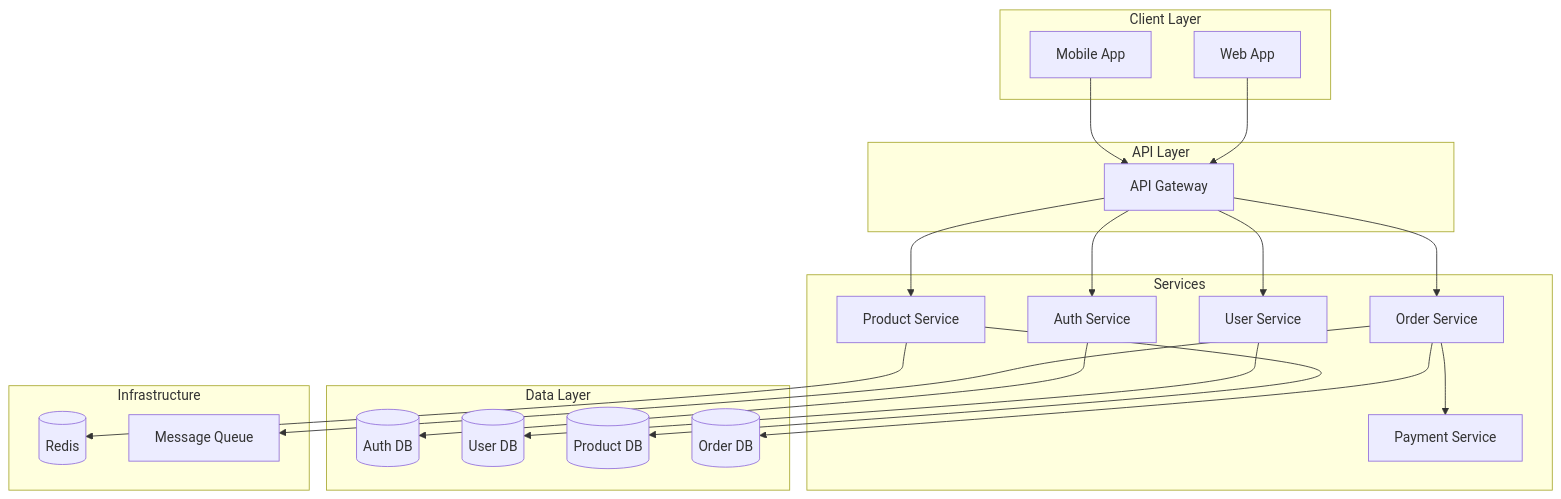
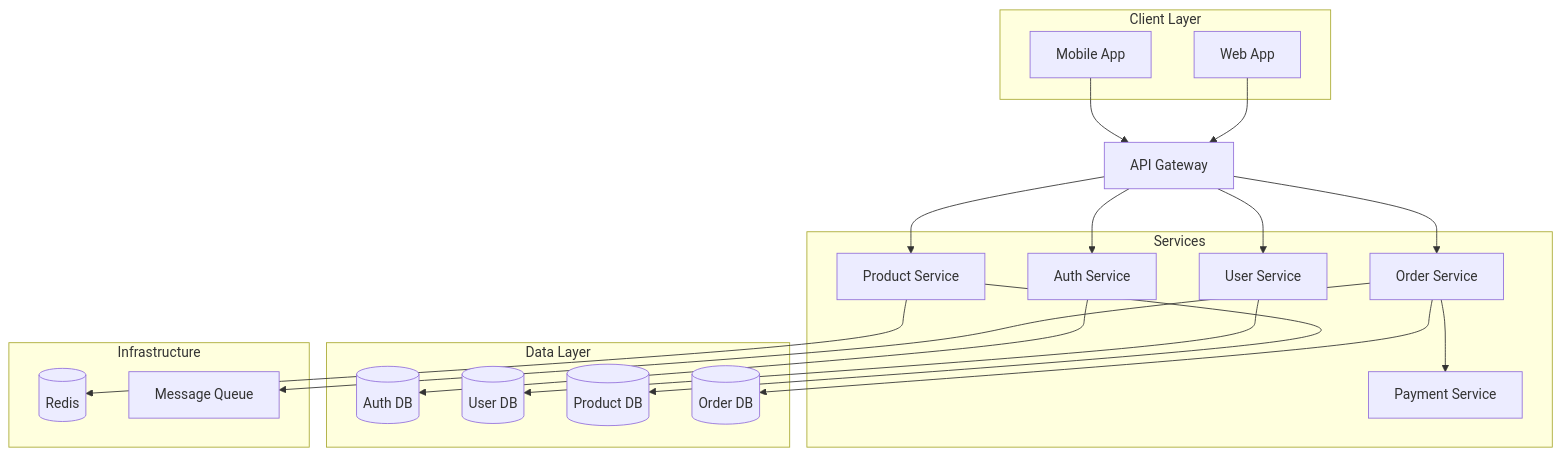
Before and after one commit to flatrick/agent-skills: the ninth of 19 diagrams in mastery-of-mermaid/references/common-patterns.md, drawn with Mermaid. The commit also changed other lines of this file and 5 other files, not shown here.

````diff
--- a/mastery-of-mermaid/references/common-patterns.md
+++ b/mastery-of-mermaid/references/common-patterns.md
@@ -200,47 +203,45 @@
 ```mermaid
 flowchart TB
     subgraph Client_Layer[Client Layer]
         Web[Web App]
         Mobile[Mobile App]
     end
 
-    subgraph API_Layer[API Layer]
-        Gateway[API Gateway]
-    end
+    Gateway[API Gateway]
 
     subgraph Services
         Auth[Auth Service]
         User[User Service]
         Product[Product Service]
         Order[Order Service]
         Payment[Payment Service]
     end
 
     subgraph Data_Layer[Data Layer]
         AuthDB[(Auth DB)]
         UserDB[(User DB)]
         ProductDB[(Product DB)]
         OrderDB[(Order DB)]
     end
 
     subgraph Infrastructure
         Cache[(Redis)]
         Queue[Message Queue]
     end
 
     Web --> Gateway
     Mobile --> Gateway
     Gateway --> Auth
     Gateway --> User
     Gateway --> Product
     Gateway --> Order
 
     Auth --> AuthDB
     User --> UserDB
     Product --> ProductDB
     Order --> OrderDB
 
     Order --> Payment
     Order --> Queue
     Product --> Cache
 ```
````
